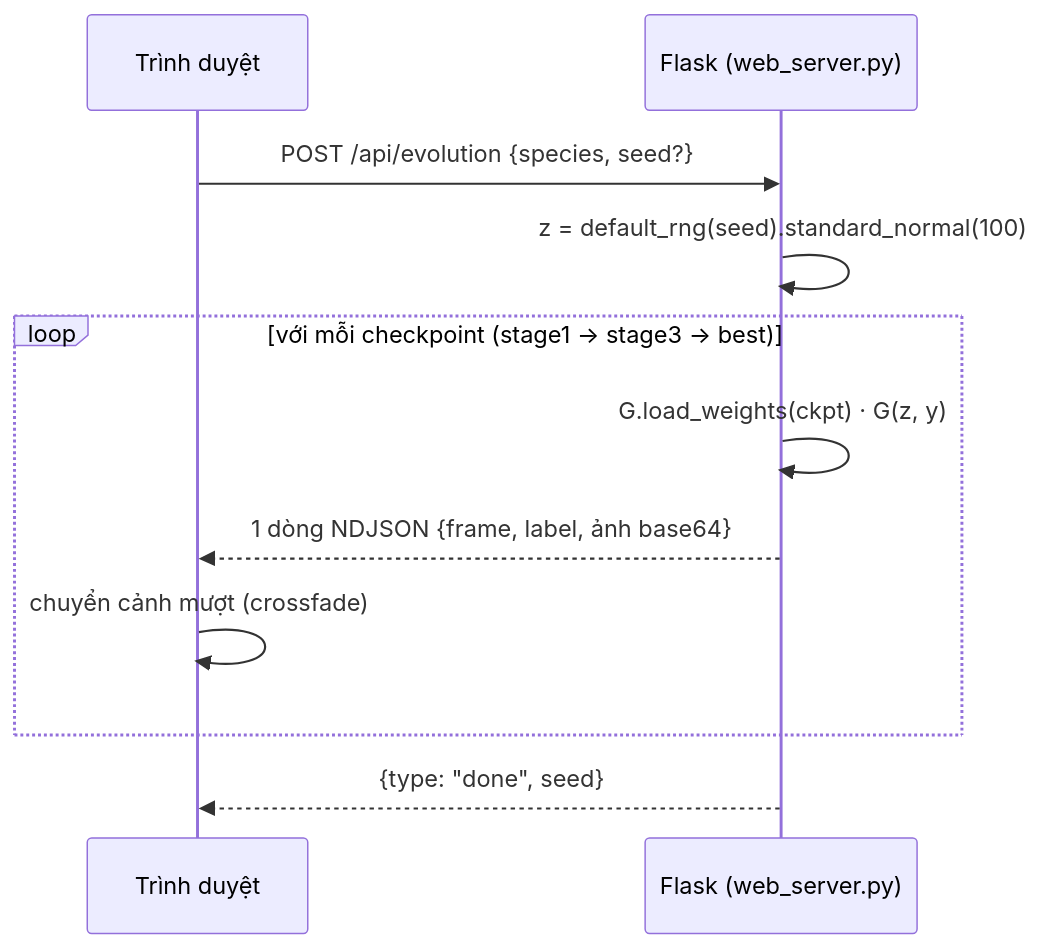
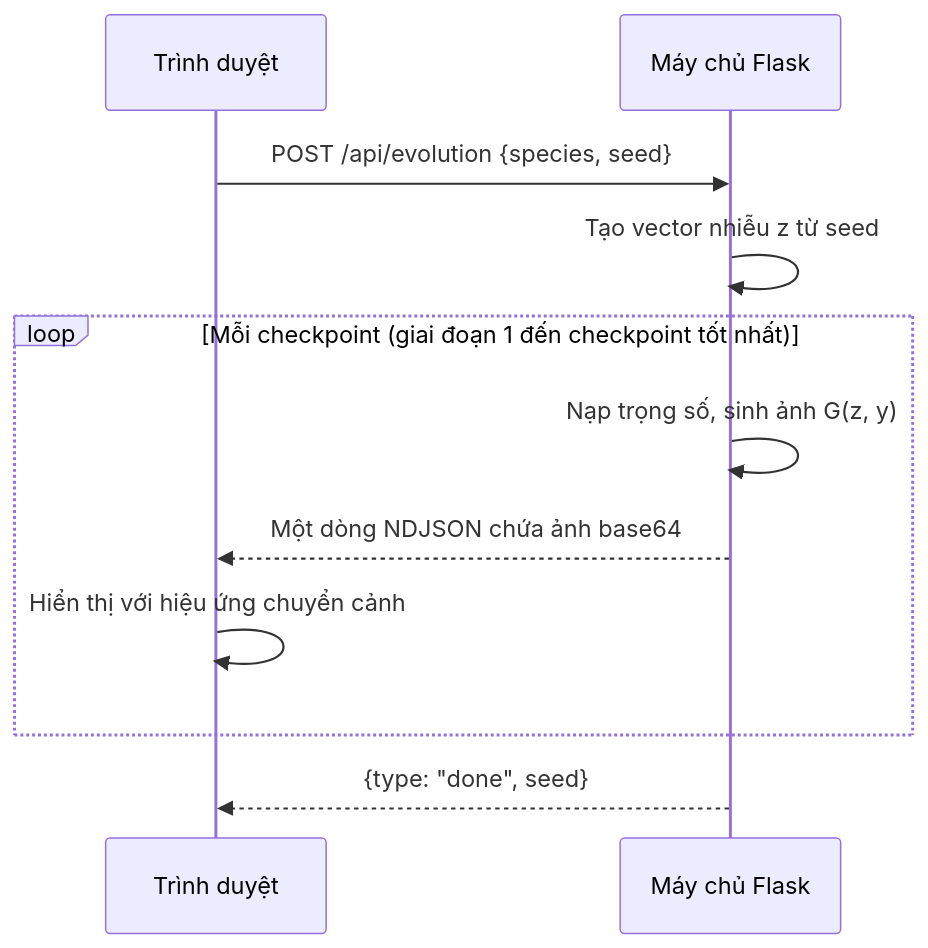
The third of 3 diagrams in README.md (peotrannnn/Dogs-and-cats-by-GANs), drawn with Mermaid before and after one commit. The commit also changed other lines of this file, not shown here.

````diff
--- a/README.md
+++ b/README.md
@@ -483,13 +493,13 @@
 ```mermaid
 sequenceDiagram
     participant B as Trình duyệt
-    participant S as Flask (web_server.py)
-    B->>S: POST /api/evolution {species, seed?}
-    S->>S: z = default_rng(seed).standard_normal(100)
-    loop với mỗi checkpoint (stage1 → stage3 → best)
-        S->>S: G.load_weights(ckpt) · G(z, y)
-        S-->>B: 1 dòng NDJSON {frame, label, ảnh base64}
-        B->>B: chuyển cảnh mượt (crossfade)
+    participant S as Máy chủ Flask
+    B->>S: POST /api/evolution {species, seed}
+    S->>S: Tạo vector nhiễu z từ seed
+    loop Mỗi checkpoint (giai đoạn 1 đến checkpoint tốt nhất)
+        S->>S: Nạp trọng số, sinh ảnh G(z, y)
+        S-->>B: Một dòng NDJSON chứa ảnh base64
+        B->>B: Hiển thị với hiệu ứng chuyển cảnh
     end
     S-->>B: {type: "done", seed}
 ```
````
